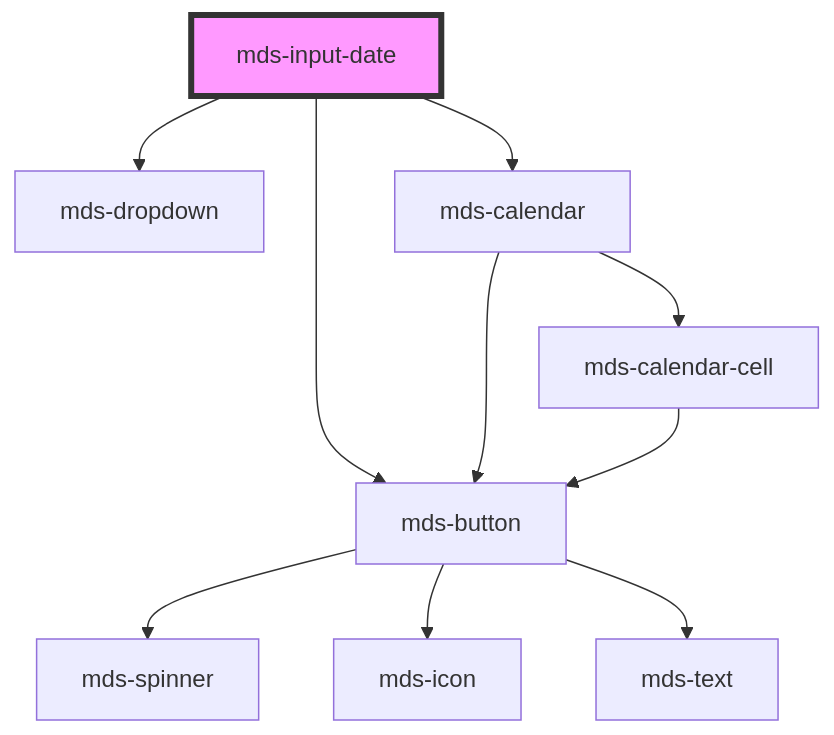
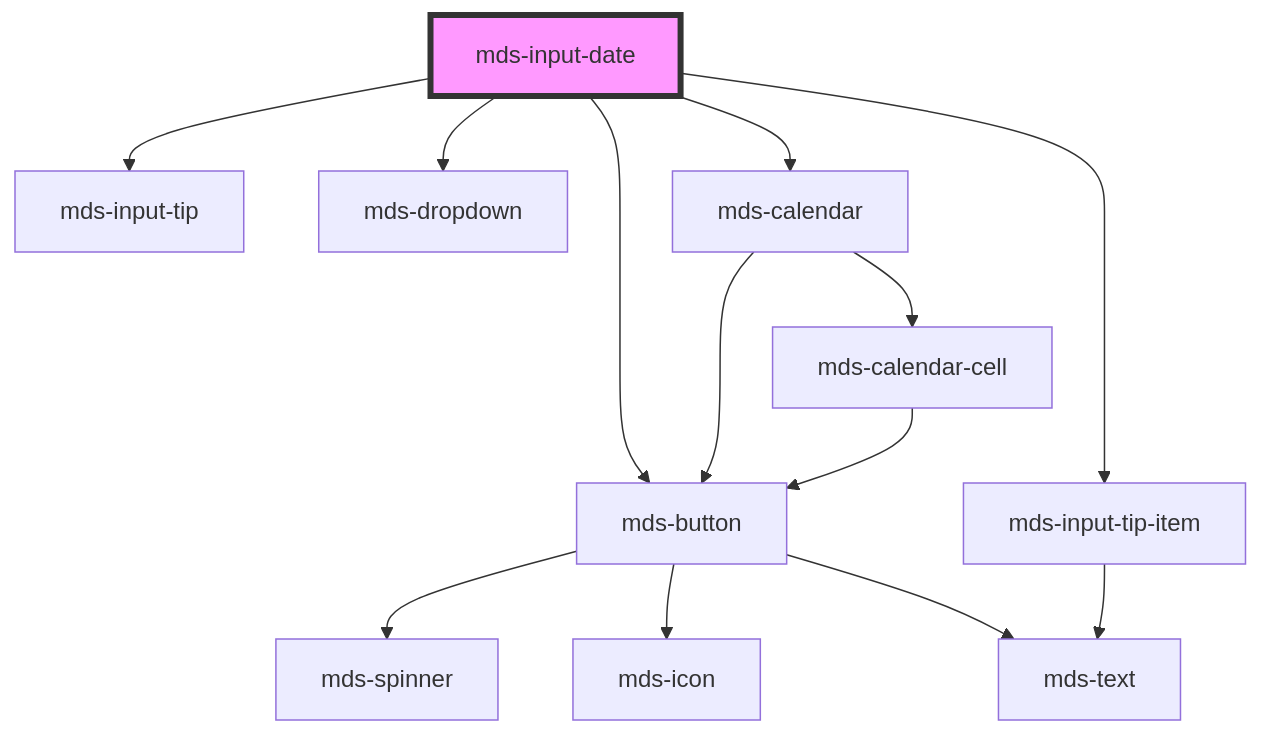
Before and after one commit to magma-design-system/magma: the diagram in projects/stencil/src/components/mds-input-date/readme.md, drawn with Mermaid. The commit also changed other lines of this file and 7 other files, not shown here.

Commit message:
feat(mds-input-date): add required and disabled attribute

````diff
--- a/projects/stencil/src/components/mds-input-date/readme.md
+++ b/projects/stencil/src/components/mds-input-date/readme.md
@@ -93,13 +99,16 @@
 ```mermaid
 graph TD;
   mds-input-date --> mds-button
+  mds-input-date --> mds-input-tip
+  mds-input-date --> mds-input-tip-item
   mds-input-date --> mds-dropdown
   mds-input-date --> mds-calendar
   mds-button --> mds-spinner
   mds-button --> mds-icon
   mds-button --> mds-text
+  mds-input-tip-item --> mds-text
   mds-calendar --> mds-button
   mds-calendar --> mds-calendar-cell
   mds-calendar-cell --> mds-button
   style mds-input-date fill:#f9f,stroke:#333,stroke-width:4px
 ```
````
